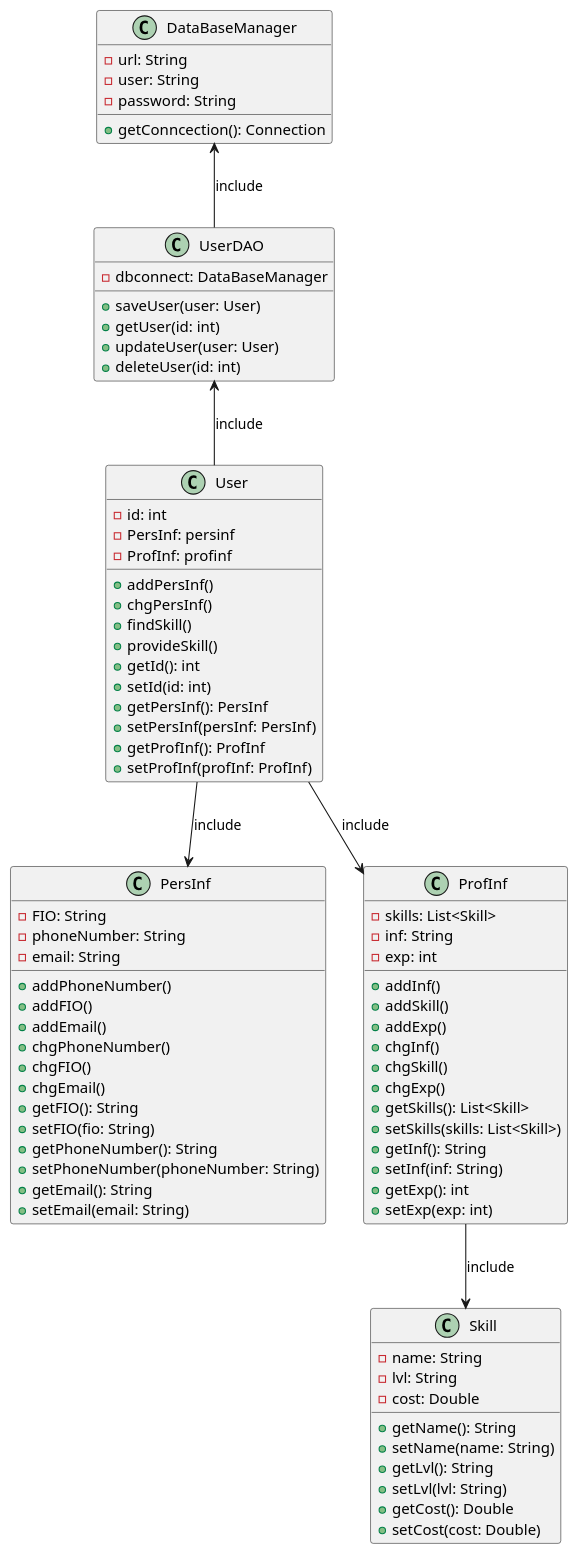
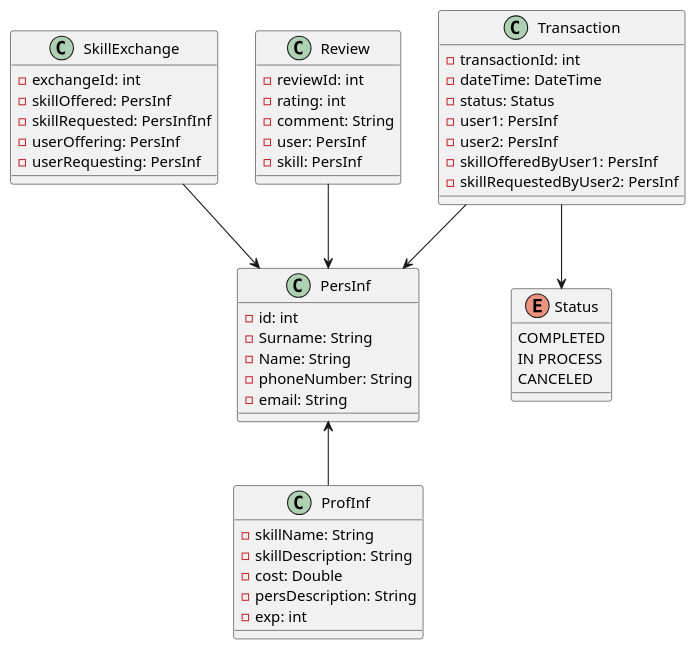
The diagram in src/main/uml/ClassDiagram.puml (Xastt/SkillSwapArchitecture), drawn with PlantUML before and after one commit. The commit also changed 2 other files, not shown here.

Commit message:
Change er and class diagram

```diff
--- a/src/main/uml/ClassDiagram.puml
+++ b/src/main/uml/ClassDiagram.puml
@@ -1,92 +1,60 @@
 @startuml
 
-
-class User {
+class PersInf {
     -id: int
-    -PersInf: persinf
-    -ProfInf: profinf
-    +addPersInf()
-    +chgPersInf()
-    +findSkill()
-    +provideSkill()
-    +getId(): int
-    +setId(id: int)
-    +getPersInf(): PersInf
-    +setPersInf(persInf: PersInf)
-    +getProfInf(): ProfInf
-    +setProfInf(profInf: ProfInf)
-}
-
-class PersInf {
-    -FIO: String
+    -Surname: String
+    -Name: String
     -phoneNumber: String
     -email: String
-    +addPhoneNumber()
-    +addFIO()
-    +addEmail()
-    +chgPhoneNumber()
-    +chgFIO()
-    +chgEmail()
-    +getFIO(): String
-    +setFIO(fio: String)
-    +getPhoneNumber(): String
-    +setPhoneNumber(phoneNumber: String)
-    +getEmail(): String
-    +setEmail(email: String)
 }
 
 class ProfInf {
-    -skills: List<Skill>
-    -inf: String
+    -skillName: String
+    -skillDescription: String
+    -cost: Double
+    -persDescription: String
     -exp: int
-    +addInf()
-    +addSkill()
-    +addExp()
-    +chgInf()
-    +chgSkill()
-    +chgExp()
-    +getSkills(): List<Skill>
-    +setSkills(skills: List<Skill>)
-    +getInf(): String
-    +setInf(inf: String)
-    +getExp(): int
-    +setExp(exp: int)
 }
 
-class Skill {
-    -name: String
-    -lvl: String
-    -cost: Double
-    +getName(): String
-    +setName(name: String)
-    +getLvl(): String
-    +setLvl(lvl: String)
-    +getCost(): Double
-    +setCost(cost: Double)
+class SkillExchange {
+    -exchangeId: int
+    -skillOffered: PersInf
+    -skillRequested: PersInfInf
+    -userOffering: PersInf
+    -userRequesting: PersInf
 }
 
 
 
-class DataBaseManager {
-    -url: String
-    -user: String
-    -password: String
-    +getConncection(): Connection
+class Review {
+    -reviewId: int
+    -rating: int
+    -comment: String
+    -user: PersInf
+    -skill: PersInf
 }
 
-class UserDAO{
-    -dbconnect: DataBaseManager
-    +saveUser(user: User)
-    +getUser(id: int)
-    +updateUser(user: User)
-    +deleteUser(id: int)
+class Transaction {
+    -transactionId: int
+    -dateTime: DateTime
+    -status: Status
+    -user1: PersInf
+    -user2: PersInf
+    -skillOfferedByUser1: PersInf
+    -skillRequestedByUser2: PersInf
 }
 
-User --> PersInf : include
-User --> ProfInf : include
-ProfInf --> Skill : include
-DataBaseManager <-- UserDAO : include
-UserDAO <-- User : include
+enum Status {
+    COMPLETED
+    IN PROCESS
+    CANCELED
+}
+
+PersInf <-- ProfInf
+SkillExchange --> PersInf
+Review --> PersInf
+Transaction --> PersInf
+Transaction --> Status
 
 
 @enduml
```
